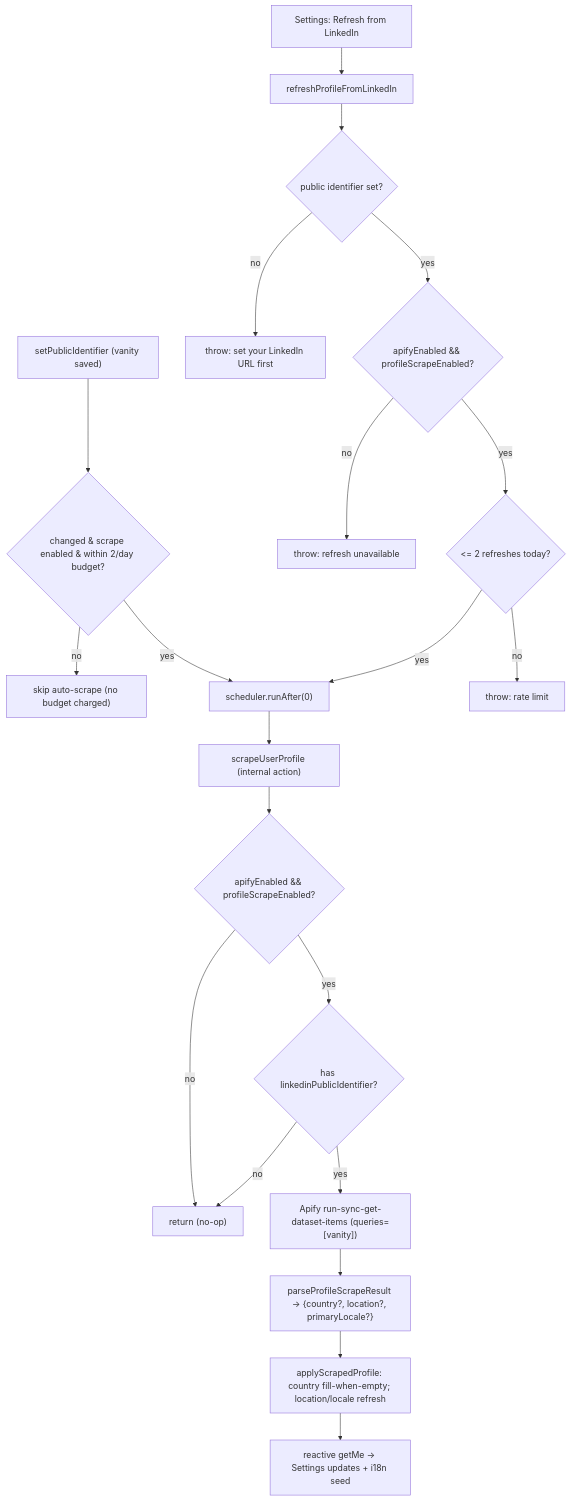
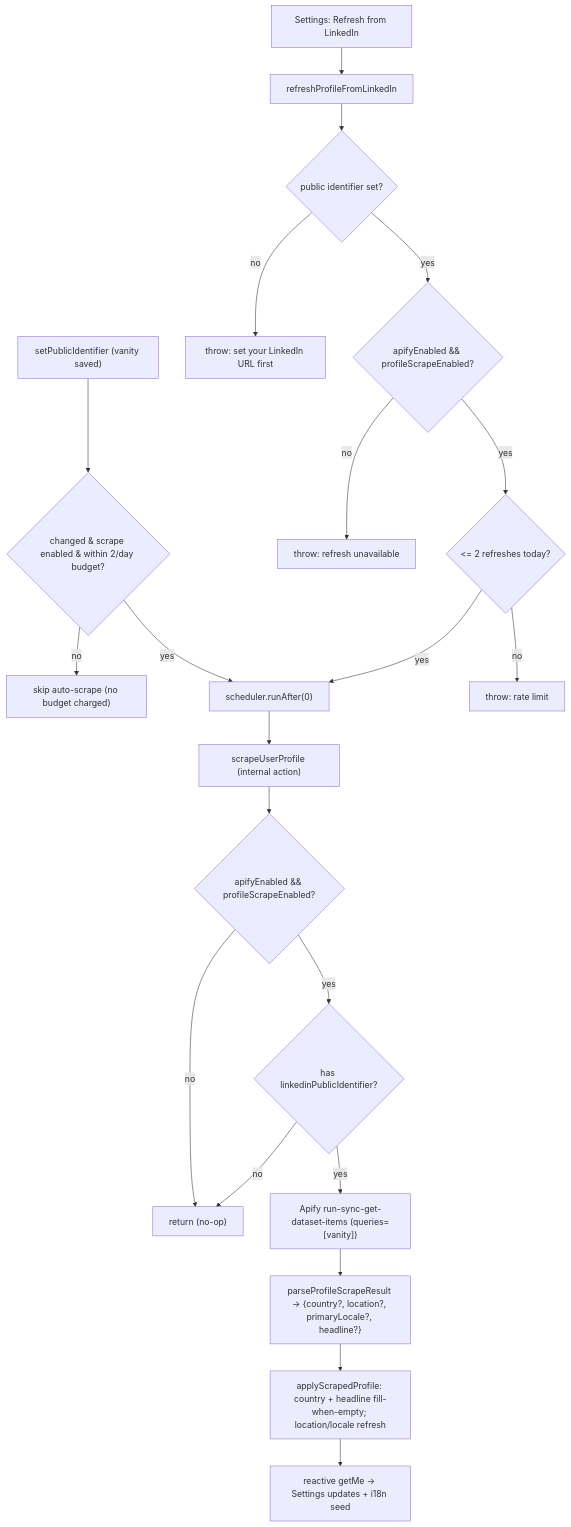
Diagram 16 of 19 in docs/PLATFORM.md (henriko202/glowing-octo-guide), drawn with Mermaid before and after one commit. The commit also changed other lines of this file and 15 other files, not shown here.

First line of the commit message:
feat(settings): add editable LinkedIn headline field in profile settings

````diff
--- a/docs/PLATFORM.md
+++ b/docs/PLATFORM.md
@@ -1588,23 +1595,23 @@
 ```mermaid
 flowchart TD
   T1["setPublicIdentifier (vanity saved)"] --> CHG{"changed & scrape enabled & within 2/day budget?"}
   CHG -->|no| SKIP["skip auto-scrape (no budget charged)"]
   CHG -->|yes| SCH["scheduler.runAfter(0)"]
   T2["Settings: Refresh from LinkedIn"] --> RF["refreshProfileFromLinkedIn"]
   RF --> G0{"public identifier set?"}
   G0 -->|no| ERRP["throw: set your LinkedIn URL first"]
   G0 -->|yes| GF{"apifyEnabled && profileScrapeEnabled?"}
   GF -->|no| ERR["throw: refresh unavailable"]
   GF -->|yes| RL{"<= 2 refreshes today?"}
   RL -->|no| ERRL["throw: rate limit"]
   RL -->|yes| SCH
   SCH --> ACT["scrapeUserProfile (internal action)"]
   ACT --> GATE{"apifyEnabled && profileScrapeEnabled?"}
   GATE -->|no| STOP["return (no-op)"]
   GATE -->|yes| PID{"has linkedinPublicIdentifier?"}
   PID -->|no| STOP
   PID -->|yes| API["Apify run-sync-get-dataset-items (queries=[vanity])"]
-  API --> PARSE["parseProfileScrapeResult -> {country?, location?, primaryLocale?}"]
-  PARSE --> APPLY["applyScrapedProfile: country fill-when-empty; location/locale refresh"]
+  API --> PARSE["parseProfileScrapeResult -> {country?, location?, primaryLocale?, headline?}"]
+  PARSE --> APPLY["applyScrapedProfile: country + headline fill-when-empty; location/locale refresh"]
   APPLY --> REACT["reactive getMe -> Settings updates + i18n seed"]
 ```
````
